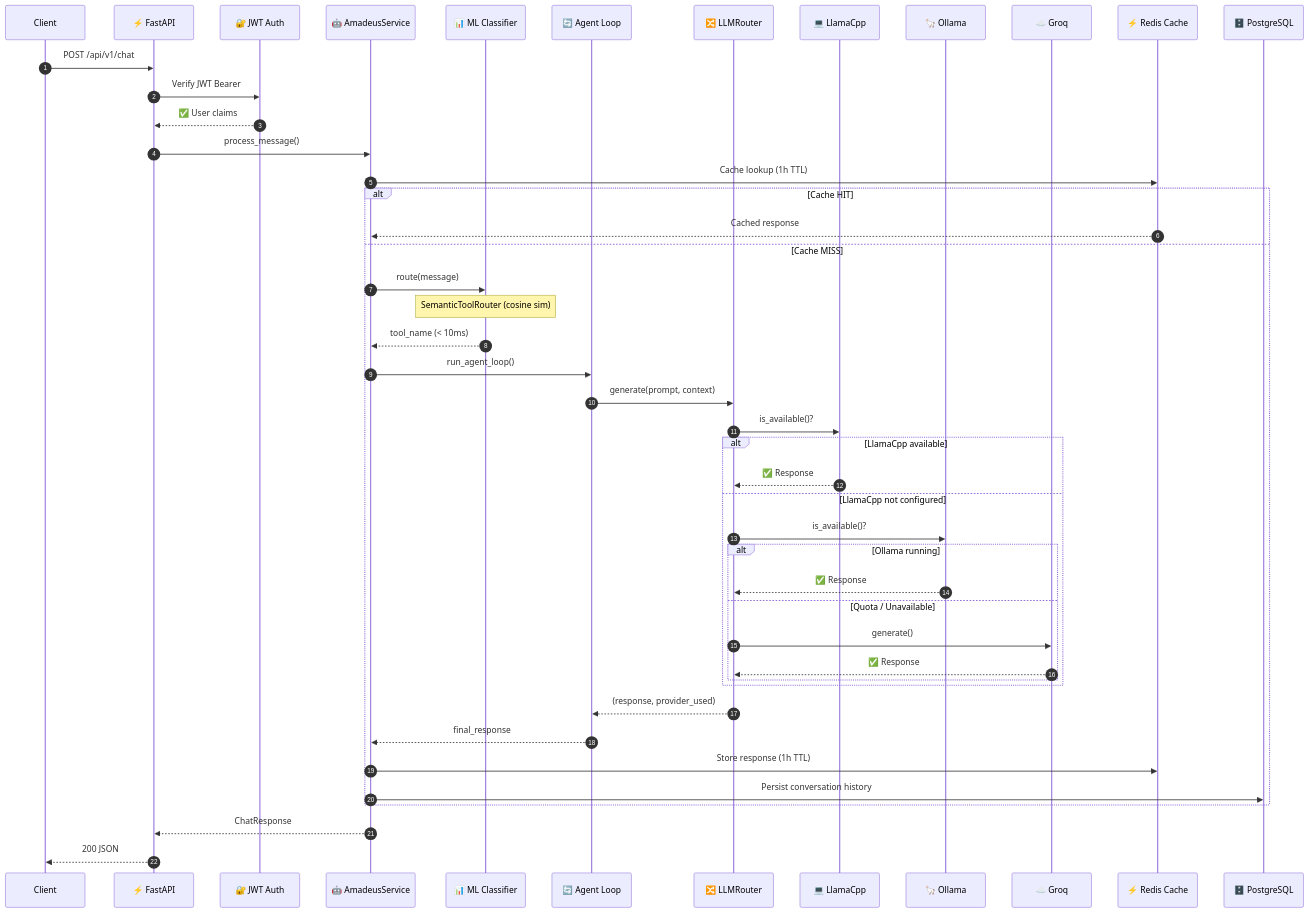
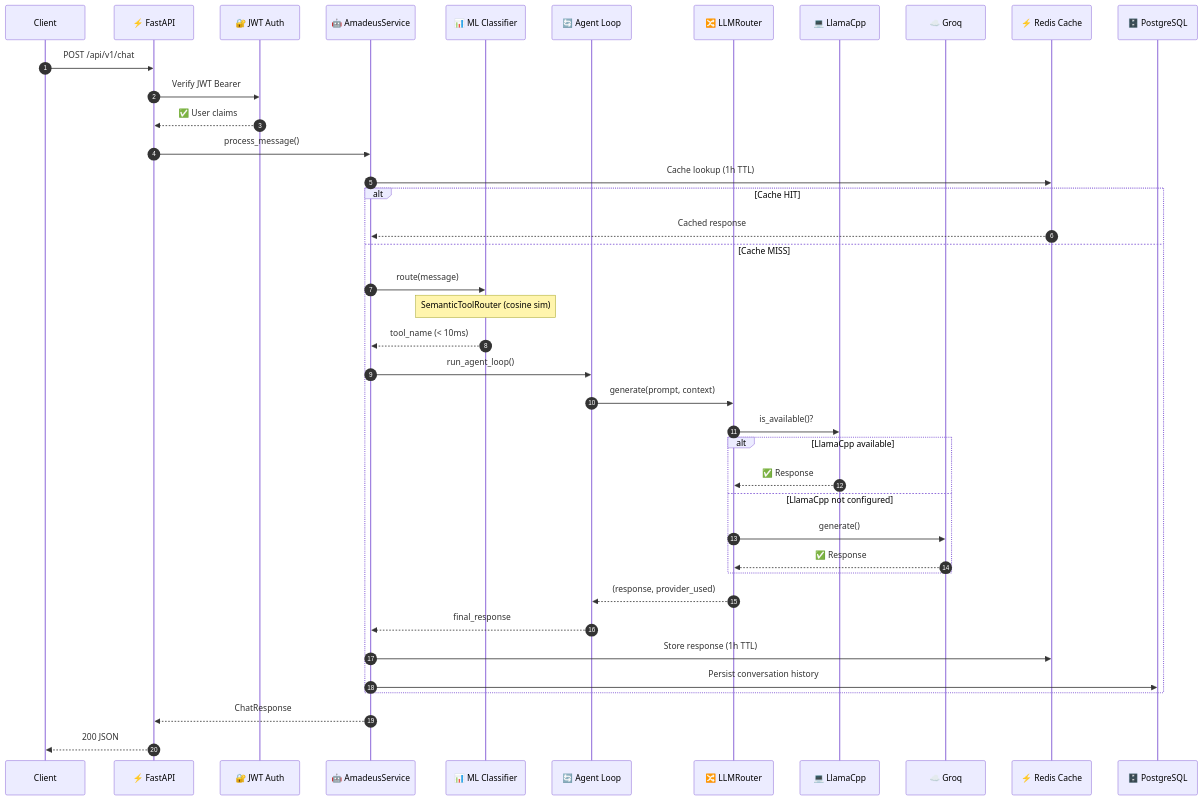
One commit to adityatawde9699/Amadeus-AI changed the second of 3 diagrams in README.md. Above: the diagram before and after it, drawn with Mermaid. The commit also changed other lines of this file and 102 other files, not shown here.

````diff
--- a/README.md
+++ b/README.md
@@ -596,49 +570,43 @@
 ```mermaid
 sequenceDiagram
     autonumber
     participant Client
     participant FastAPI as ⚡ FastAPI
     participant Auth as 🔐 JWT Auth
     participant Amadeus as 🤖 AmadeusService
     participant Classifier as 📊 ML Classifier
     participant Agent as 🔄 Agent Loop
     participant Router as 🔀 LLMRouter
     participant LlamaCpp as 💻 LlamaCpp
-    participant Ollama as 🦙 Ollama
     participant Groq as ☁️ Groq
     participant Cache as ⚡ Redis Cache
     participant DB as 🗄️ PostgreSQL
 
     Client->>FastAPI: POST /api/v1/chat
     FastAPI->>Auth: Verify JWT Bearer
     Auth-->>FastAPI: ✅ User claims
     FastAPI->>Amadeus: process_message()
     Amadeus->>Cache: Cache lookup (1h TTL)
     alt Cache HIT
         Cache-->>Amadeus: Cached response
     else Cache MISS
         Amadeus->>Classifier: route(message)
         Note over Classifier: SemanticToolRouter (cosine sim)
         Classifier-->>Amadeus: tool_name (< 10ms)
         Amadeus->>Agent: run_agent_loop()
         Agent->>Router: generate(prompt, context)
         Router->>LlamaCpp: is_available()?
         alt LlamaCpp available
             LlamaCpp-->>Router: ✅ Response
         else LlamaCpp not configured
-            Router->>Ollama: is_available()?
-            alt Ollama running
-                Ollama-->>Router: ✅ Response
-            else Quota / Unavailable
-                Router->>Groq: generate()
-                Groq-->>Router: ✅ Response
-            end
+            Router->>Groq: generate()
+            Groq-->>Router: ✅ Response
         end
         Router-->>Agent: (response, provider_used)
         Agent-->>Amadeus: final_response
         Amadeus->>Cache: Store response (1h TTL)
         Amadeus->>DB: Persist conversation history
     end
     Amadeus-->>FastAPI: ChatResponse
     FastAPI-->>Client: 200 JSON
 ```
````
